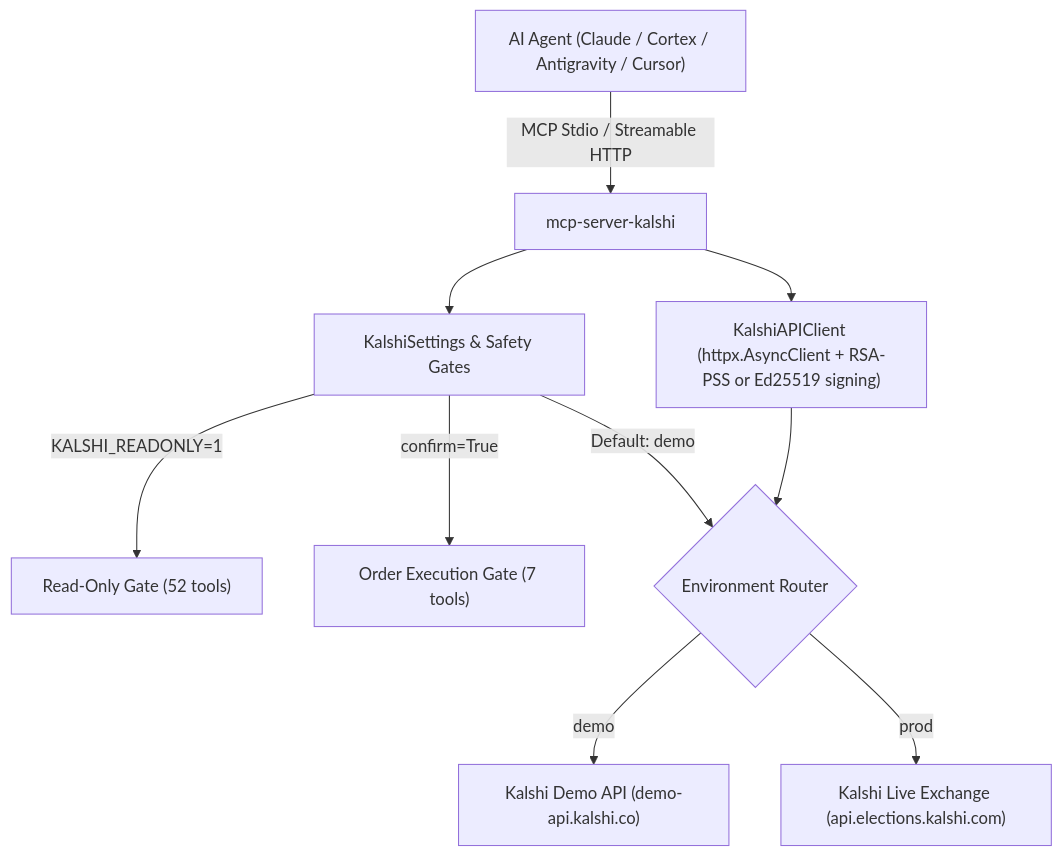
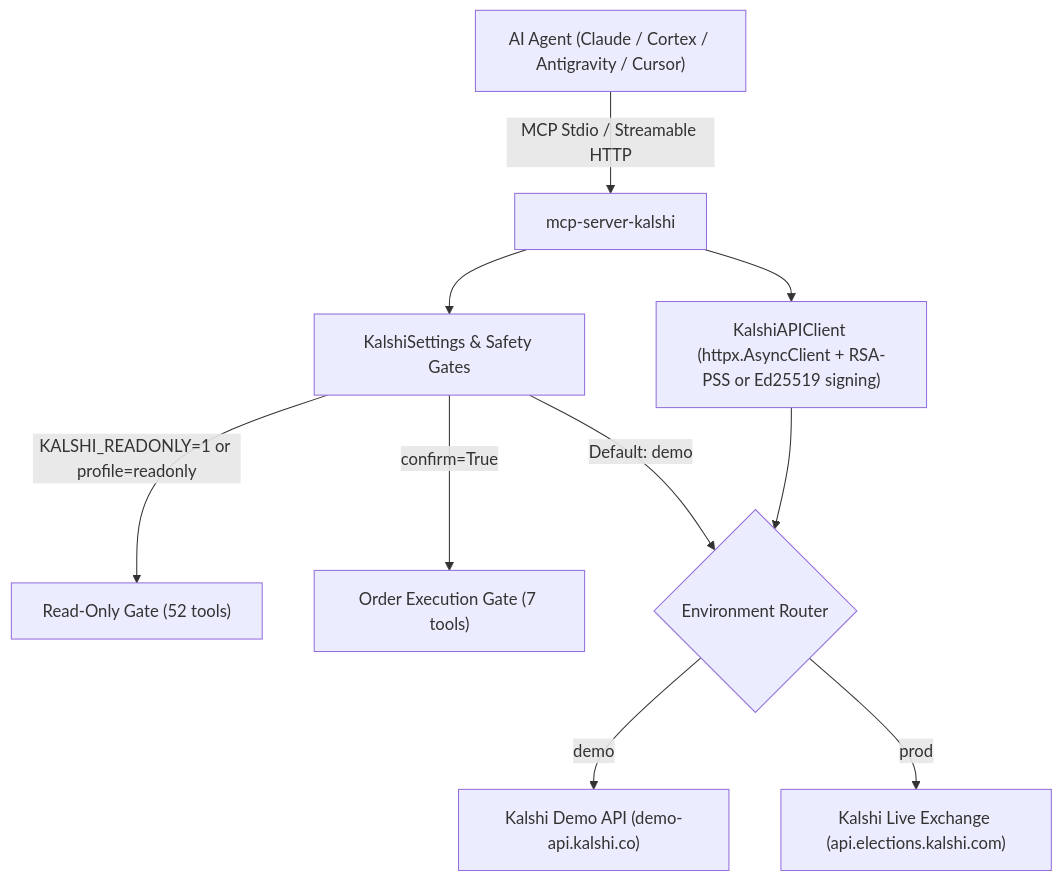
One commit to christianclaudio/mcp-server-kalshi changed the diagram in README.md. Above: the diagram before and after it, drawn with Mermaid. The commit also changed other lines of this file and 23 other files, not shown here.

````diff
--- a/README.md
+++ b/README.md
@@ -11,12 +11,12 @@
 ```mermaid
 graph TD
     Client["AI Agent (Claude / Cortex / Antigravity / Cursor)"] -->|"MCP Stdio / Streamable HTTP"| Server["mcp-server-kalshi"]
     Server --> Config["KalshiSettings & Safety Gates"]
-    Config -->|"KALSHI_READONLY=1"| RO["Read-Only Gate (52 tools)"]
+    Config -->|"KALSHI_READONLY=1 or profile=readonly"| RO["Read-Only Gate (52 tools)"]
     Config -->|"confirm=True"| Mutating["Order Execution Gate (7 tools)"]
     Config -->|"Default: demo"| EnvSelect{"Environment Router"}
     EnvSelect -->|"demo"| DemoAPI["Kalshi Demo API (demo-api.kalshi.co)"]
     EnvSelect -->|"prod"| ProdAPI["Kalshi Live Exchange (api.elections.kalshi.com)"]
     Server --> ClientPool["KalshiAPIClient (httpx.AsyncClient + RSA-PSS or Ed25519 signing)"]
     ClientPool --> EnvSelect
 ```
````
